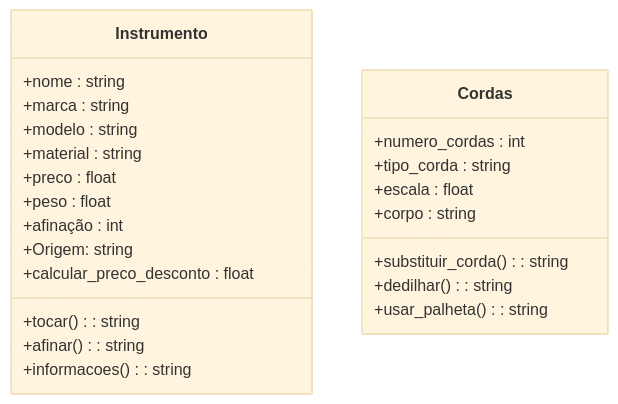
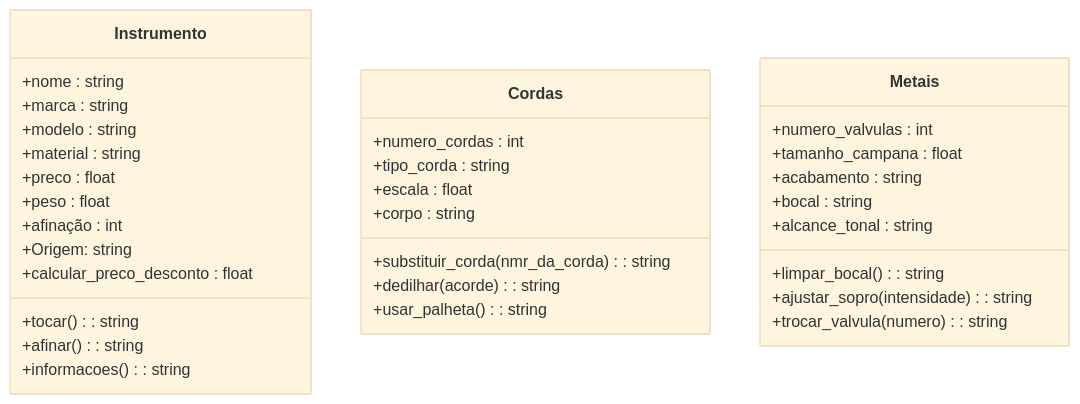
Before and after one commit to JoaoVitorCaetano/PooJavaCeub-Grupo8: the diagram in Instrumento.md, drawn with Mermaid (base theme).

Commit message:
criar classe metais
Criando a classe dos instrumentos feitos de metais e adicionando parametros em metodos dos instrumentos de cordas.

````diff
--- a/Instrumento.md
+++ b/Instrumento.md
@@ -1,32 +1,43 @@
 ```mermaid
   classDiagram
 
   class Instrumento{
     +nome : string
     +marca : string
     +modelo : string
     +material : string
     +preco : float
     +peso : float
     +afinação : int
     +Origem: string
 
     +tocar() : string
     +afinar() : string
     +informacoes() : string
     +calcular_preco_desconto : float
   }
 
   class Cordas{
     +numero_cordas : int
     +tipo_corda : string
     +escala : float
     +corpo : string
 
-    +substituir_corda() : string
-    +dedilhar() : string
+    +substituir_corda(nmr_da_corda) : string
+    +dedilhar(acorde) : string
     +usar_palheta() : string
   }
 
+  class Metais{
+    +numero_valvulas : int
+    +tamanho_campana : float
+    +acabamento : string
+    +bocal : string
+    +alcance_tonal : string
+
+    +limpar_bocal() : string
+    +ajustar_sopro(intensidade) : string
+    +trocar_valvula(numero) : string
+  }
 
 ```
````
